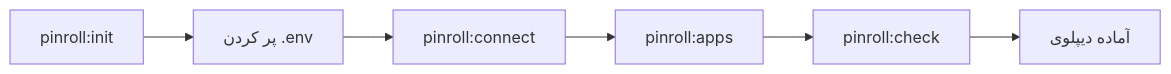
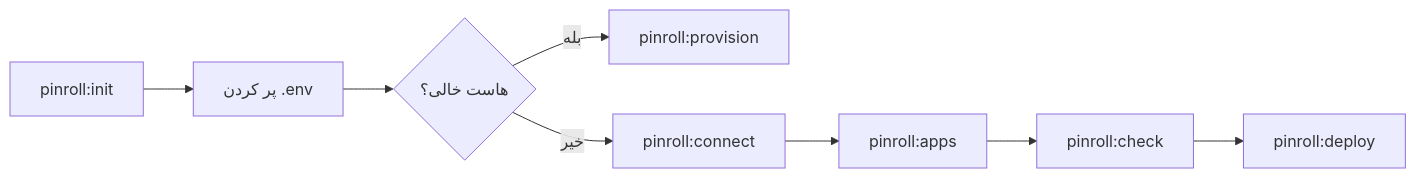
The diagram in fa/deploy/pinroll.md (pinoox/docs), drawn with Mermaid before and after one commit. The commit also changed other lines of this file and 5 other files, not shown here.

Commit message:
docs: document PinGate provision, env config, and full deploy

````diff
--- a/fa/deploy/pinroll.md
+++ b/fa/deploy/pinroll.md
@@ -40,8 +40,10 @@
 ```mermaid
 flowchart LR
     A[pinroll:init] --> B[پر کردن .env]
-    B --> C[pinroll:connect]
-    C --> D[pinroll:apps]
-    D --> E[pinroll:check]
-    E --> F[آماده دیپلوی]
+    B --> C{هاست خالی؟}
+    C -->|بله| D[pinroll:provision]
+    C -->|خیر| E[pinroll:connect]
+    E --> F[pinroll:apps]
+    F --> G[pinroll:check]
+    G --> H[pinroll:deploy]
 ```
````
